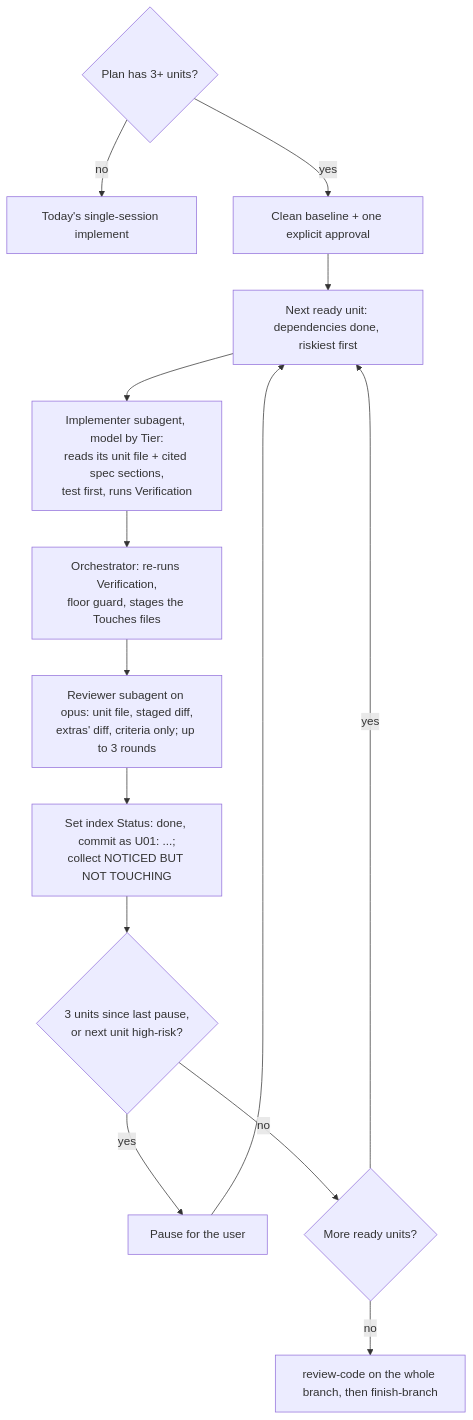
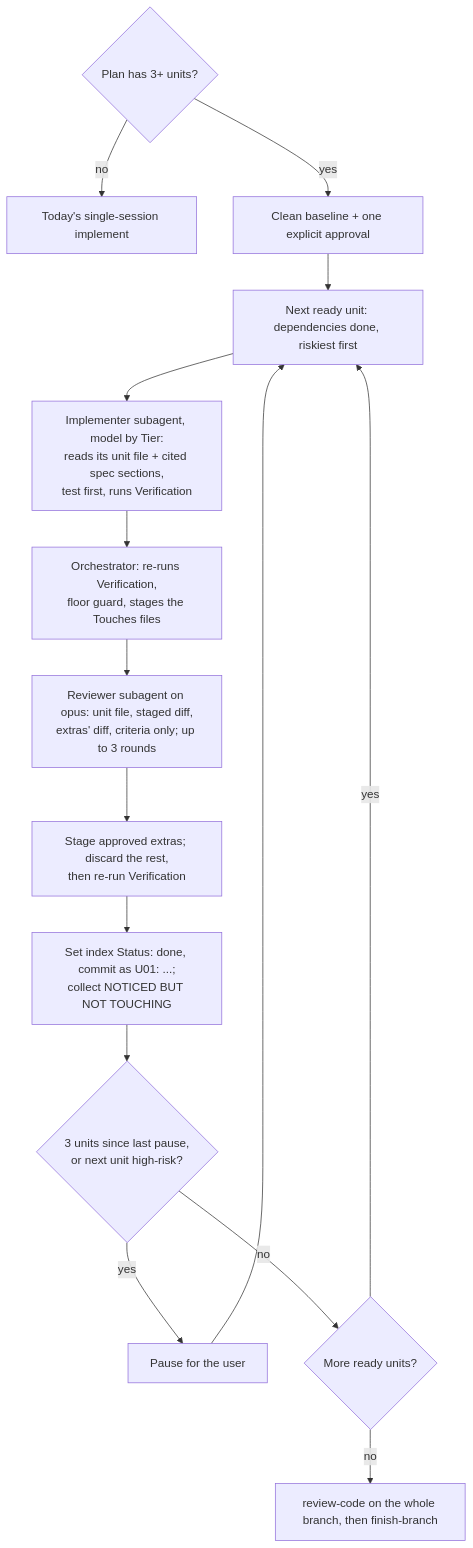
Before and after one commit to girijesh-ai/spec-driven-engineering: the diagram in docs/specs/2026-10-19-sequential-dispatch.md, drawn with Mermaid. The commit also changed other lines of this file and 2 other files, not shown here.

First line of the commit message:
Re-review fixes: re-verify after discarding extras; grill-me route

````diff
--- a/docs/specs/2026-10-19-sequential-dispatch.md
+++ b/docs/specs/2026-10-19-sequential-dispatch.md
@@ -125,15 +125,16 @@
 ```mermaid
 flowchart TD
   A{Plan has 3+ units?} -- no --> S[Today's single-session implement]
   A -- yes --> B[Clean baseline + one explicit approval]
   B --> C[Next ready unit: dependencies done, riskiest first]
   C --> D[Implementer subagent, model by Tier:<br/>reads its unit file + cited spec sections,<br/>test first, runs Verification]
   D --> E[Orchestrator: re-runs Verification,<br/>floor guard, stages the Touches files]
   E --> F[Reviewer subagent on opus: unit file, staged diff,<br/>extras' diff, criteria only; up to 3 rounds]
-  F --> G[Set index Status: done, commit as U01: ...;<br/>collect NOTICED BUT NOT TOUCHING]
+  F --> X[Stage approved extras; discard the rest,<br/>then re-run Verification]
+  X --> G[Set index Status: done, commit as U01: ...;<br/>collect NOTICED BUT NOT TOUCHING]
   G --> H{3 units since last pause,<br/>or next unit high-risk?}
   H -- yes --> P[Pause for the user] --> C
   H -- no --> I{More ready units?}
   I -- yes --> C
   I -- no --> R[review-code on the whole branch, then finish-branch]
 ```
````
